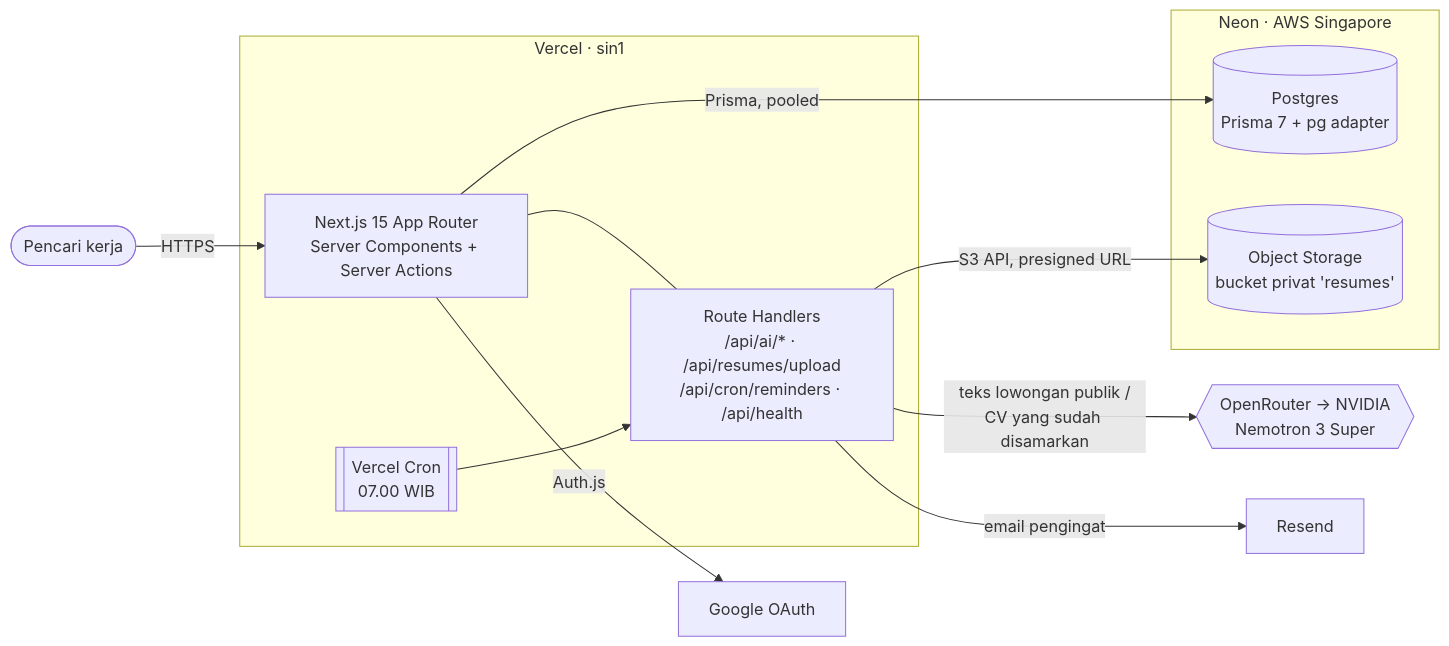
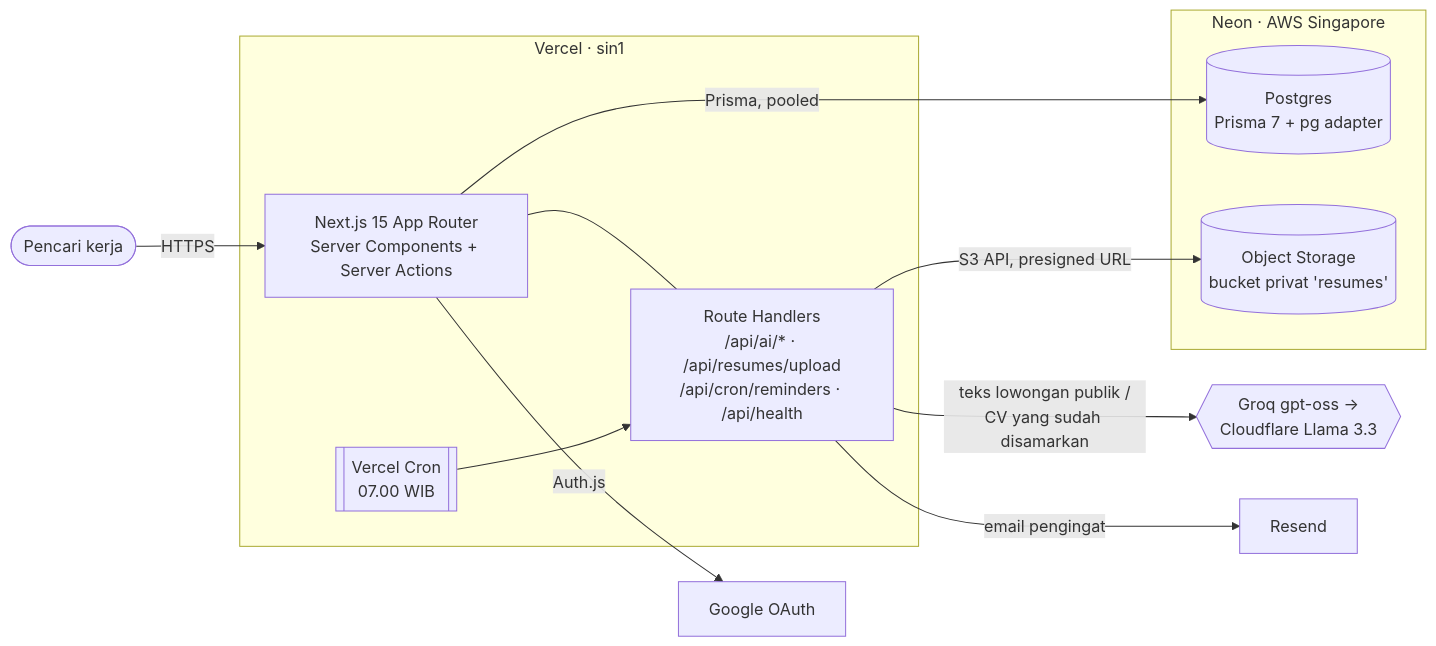
One commit to ariefusry/lajur changed the first of 2 diagrams in README.md. Above: the diagram before and after it, drawn with Mermaid. The commit also changed other lines of this file and 14 other files, not shown here.

First line of the commit message:
feat(ai): switch to Groq + Cloudflare Workers AI, NVIDIA/OpenRouter dev-only

````diff
--- a/README.md
+++ b/README.md
@@ -30,23 +30,23 @@
 ```mermaid
 flowchart LR
   user([Pencari kerja]) -->|HTTPS| app
 
   subgraph vercel[Vercel · sin1]
     app[Next.js 15 App Router<br/>Server Components + Server Actions]
     api[Route Handlers<br/>/api/ai/* · /api/resumes/upload<br/>/api/cron/reminders · /api/health]
     cron[[Vercel Cron<br/>07.00 WIB]]
     app --- api
     cron --> api
   end
 
   subgraph neon[Neon · AWS Singapore]
     pg[(Postgres<br/>Prisma 7 + pg adapter)]
     s3[(Object Storage<br/>bucket privat 'resumes')]
   end
 
   app -->|Prisma, pooled| pg
   api -->|S3 API, presigned URL| s3
   app -->|Auth.js| google[Google OAuth]
-  api -->|teks lowongan publik /<br/>CV yang sudah disamarkan| llm{{OpenRouter → NVIDIA<br/>Nemotron 3 Super}}
+  api -->|teks lowongan publik /<br/>CV yang sudah disamarkan| llm{{Groq gpt-oss →<br/>Cloudflare Llama 3.3}}
   api -->|email pengingat| resend[Resend]
 ```
````
